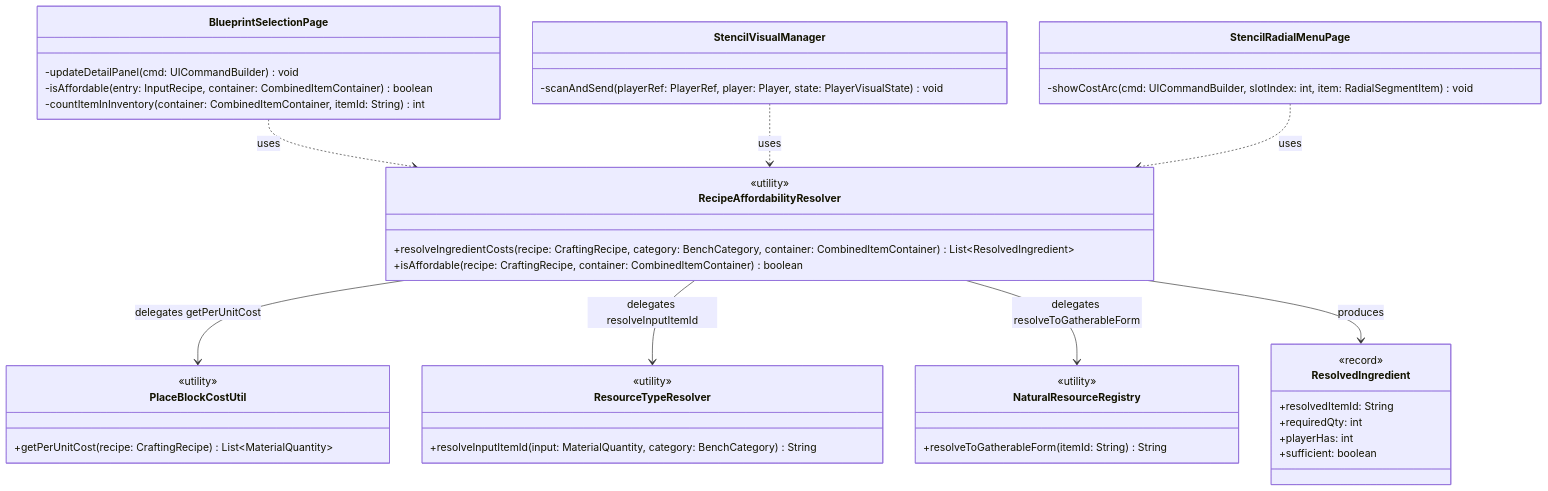
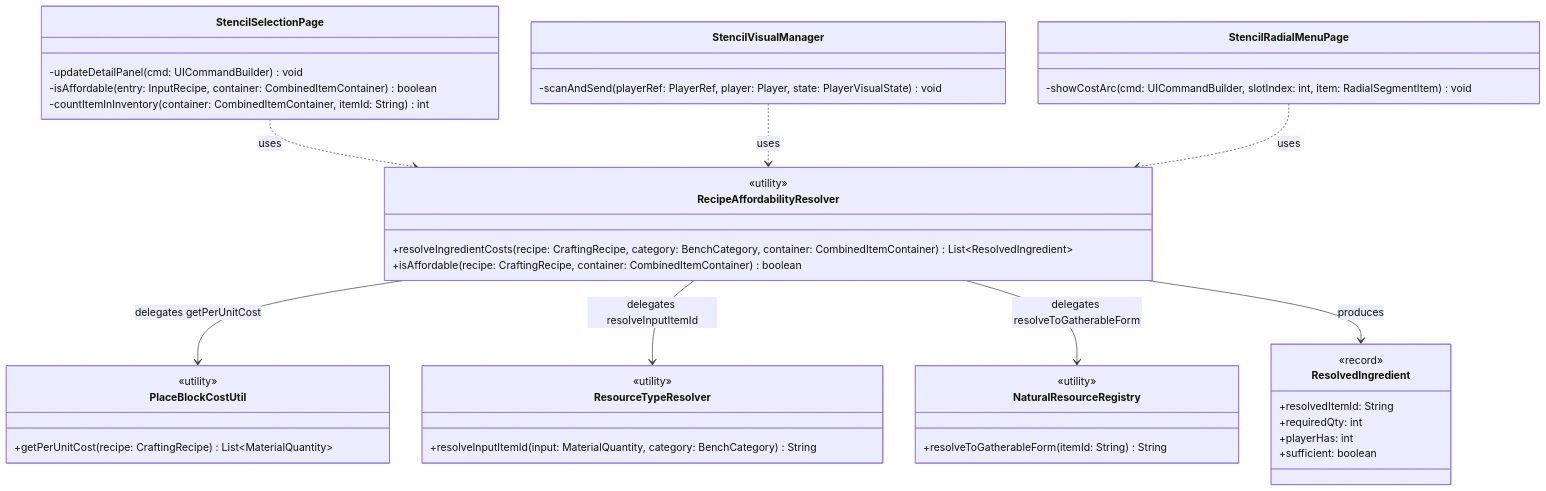
One commit to TheCodeCreature/Hytale-Example-Plugin changed the first of 3 diagrams in docs/design-recipe-affordability-resolver.md. Above: the diagram before and after it, drawn with Mermaid. The commit also changed other lines of this file and 289 other files, not shown here.

````diff
--- a/docs/design-recipe-affordability-resolver.md
+++ b/docs/design-recipe-affordability-resolver.md
@@ -16,56 +16,56 @@
 ```mermaid
 classDiagram
     direction TB
 
     class PlaceBlockCostUtil {
         <<utility>>
         +getPerUnitCost(recipe: CraftingRecipe) List~MaterialQuantity~
     }
 
     class ResourceTypeResolver {
         <<utility>>
         +resolveInputItemId(input: MaterialQuantity, category: BenchCategory) String
     }
 
     class NaturalResourceRegistry {
         <<utility>>
         +resolveToGatherableForm(itemId: String) String
     }
 
     class RecipeAffordabilityResolver {
         <<utility>>
         +resolveIngredientCosts(recipe: CraftingRecipe, category: BenchCategory, container: CombinedItemContainer) List~ResolvedIngredient~
         +isAffordable(recipe: CraftingRecipe, container: CombinedItemContainer) boolean
     }
 
     class ResolvedIngredient {
         <<record>>
         +resolvedItemId: String
         +requiredQty: int
         +playerHas: int
         +sufficient: boolean
     }
 
-    class BlueprintSelectionPage {
+    class StencilSelectionPage {
         -updateDetailPanel(cmd: UICommandBuilder) void
         -isAffordable(entry: InputRecipe, container: CombinedItemContainer) boolean
         -countItemInInventory(container: CombinedItemContainer, itemId: String) int
     }
 
     class StencilVisualManager {
         -scanAndSend(playerRef: PlayerRef, player: Player, state: PlayerVisualState) void
     }
 
     class StencilRadialMenuPage {
         -showCostArc(cmd: UICommandBuilder, slotIndex: int, item: RadialSegmentItem) void
     }
 
     RecipeAffordabilityResolver --> PlaceBlockCostUtil : delegates getPerUnitCost
     RecipeAffordabilityResolver --> ResourceTypeResolver : delegates resolveInputItemId
     RecipeAffordabilityResolver --> NaturalResourceRegistry : delegates resolveToGatherableForm
     RecipeAffordabilityResolver --> ResolvedIngredient : produces
 
-    BlueprintSelectionPage ..> RecipeAffordabilityResolver : uses
+    StencilSelectionPage ..> RecipeAffordabilityResolver : uses
     StencilVisualManager ..> RecipeAffordabilityResolver : uses
     StencilRadialMenuPage ..> RecipeAffordabilityResolver : uses
 ```
````
